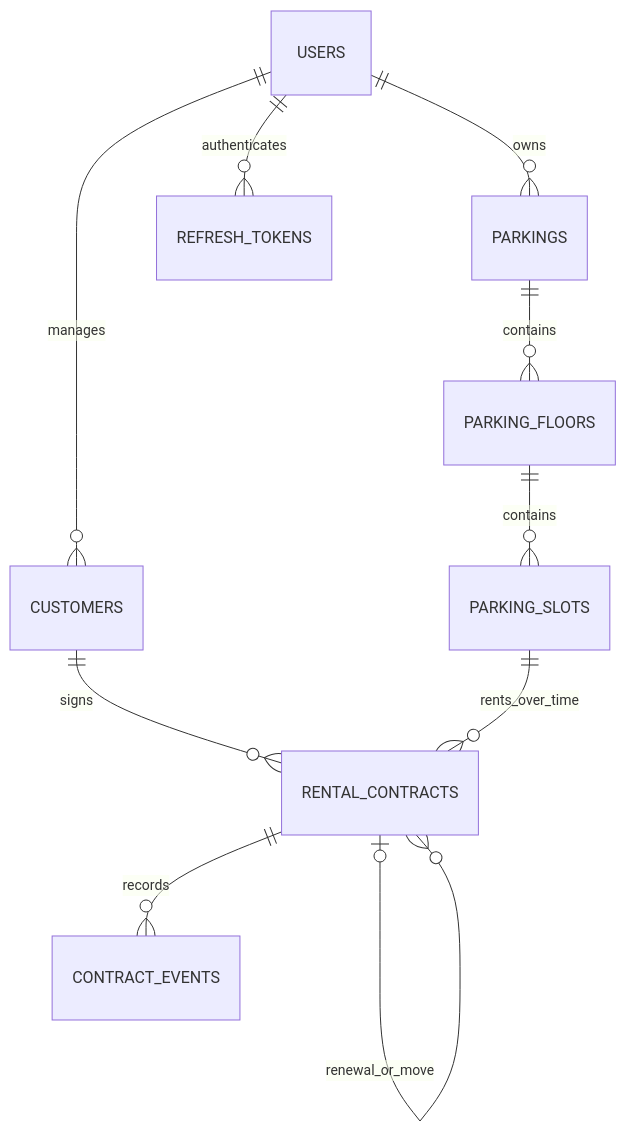
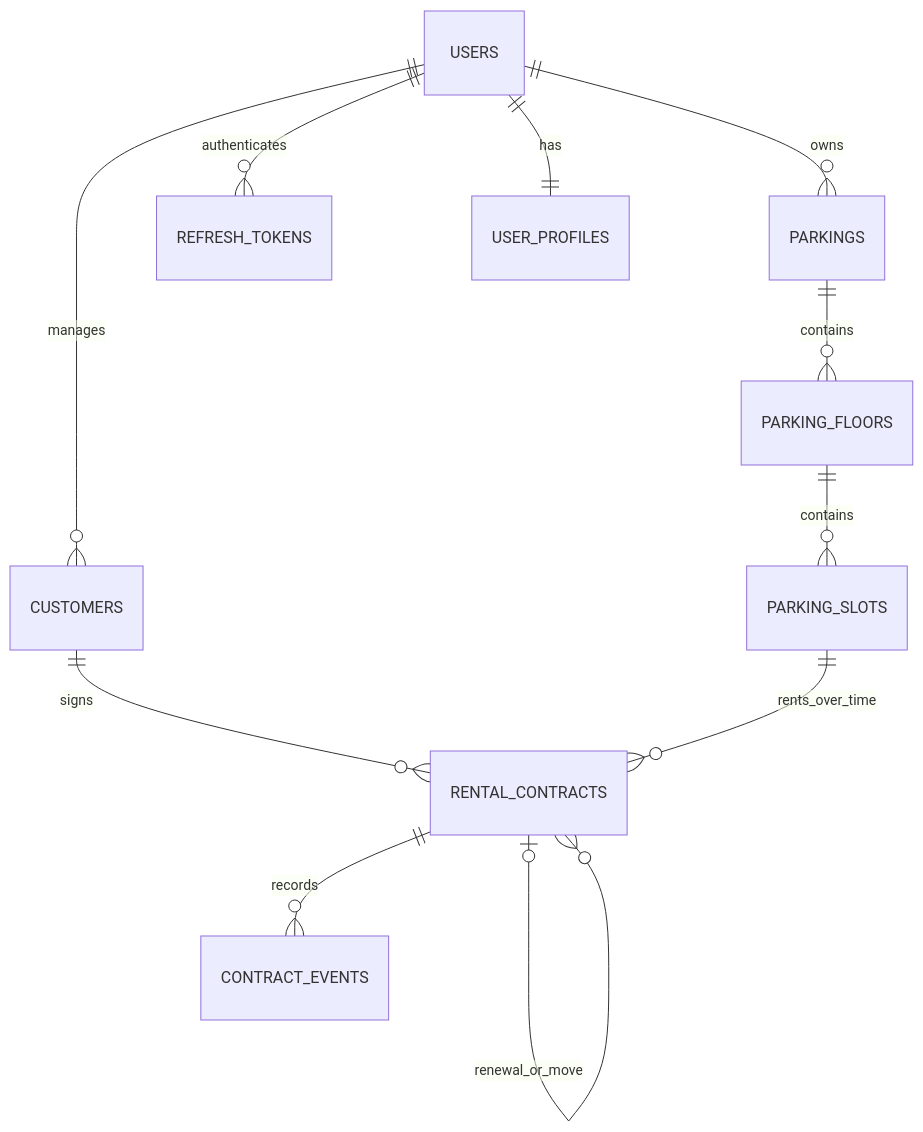
The diagram in docs/schema.md (pooyan88/parking-backend), drawn with Mermaid before and after one commit. The commit also changed other lines of this file and 14 other files, not shown here.

````diff
--- a/docs/schema.md
+++ b/docs/schema.md
@@ -3,12 +3,13 @@
 ```mermaid
 erDiagram
     USERS ||--o{ PARKINGS : owns
     USERS ||--o{ CUSTOMERS : manages
     USERS ||--o{ REFRESH_TOKENS : authenticates
+    USERS ||--|| USER_PROFILES : has
     PARKINGS ||--o{ PARKING_FLOORS : contains
     PARKING_FLOORS ||--o{ PARKING_SLOTS : contains
     CUSTOMERS ||--o{ RENTAL_CONTRACTS : signs
     PARKING_SLOTS ||--o{ RENTAL_CONTRACTS : rents_over_time
     RENTAL_CONTRACTS ||--o{ CONTRACT_EVENTS : records
     RENTAL_CONTRACTS o|--o{ RENTAL_CONTRACTS : renewal_or_move
 ```
````
